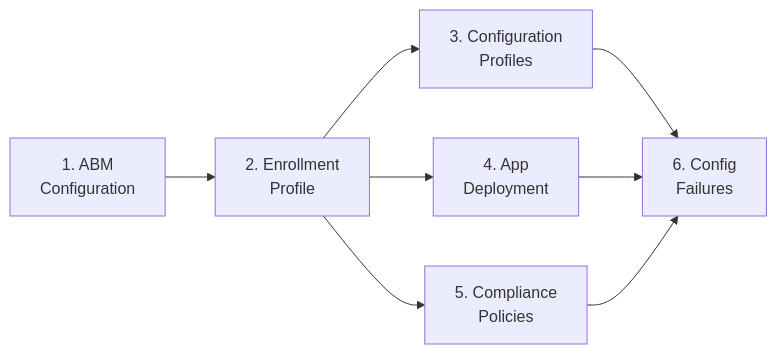
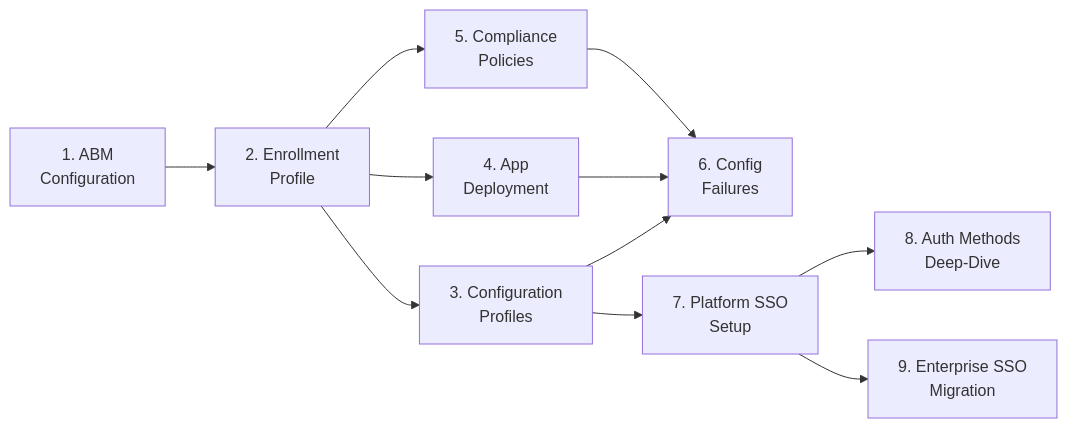
Before and after one commit to Schweinehund/Autopilot: the diagram in docs/admin-setup-macos/00-overview.md, drawn with Mermaid. The commit also changed other lines of this file, not shown here.

First line of the commit message:
docs(76-02): surface guides 07/08/09 in 00-overview.md (Mermaid nodes + bullet entries + Version-History row)

````diff
--- a/docs/admin-setup-macos/00-overview.md
+++ b/docs/admin-setup-macos/00-overview.md
@@ -19,10 +19,13 @@
 ```mermaid
 graph LR
   A[1. ABM<br/>Configuration] --> B[2. Enrollment<br/>Profile]
   B --> C[3. Configuration<br/>Profiles]
   B --> D[4. App<br/>Deployment]
   B --> E[5. Compliance<br/>Policies]
   C --> F[6. Config<br/>Failures]
   D --> F
   E --> F
+  C --> G[7. Platform SSO<br/>Setup]
+  G --> H[8. Auth Methods<br/>Deep-Dive]
+  G --> I[9. Enterprise SSO<br/>Migration]
 ```
````
